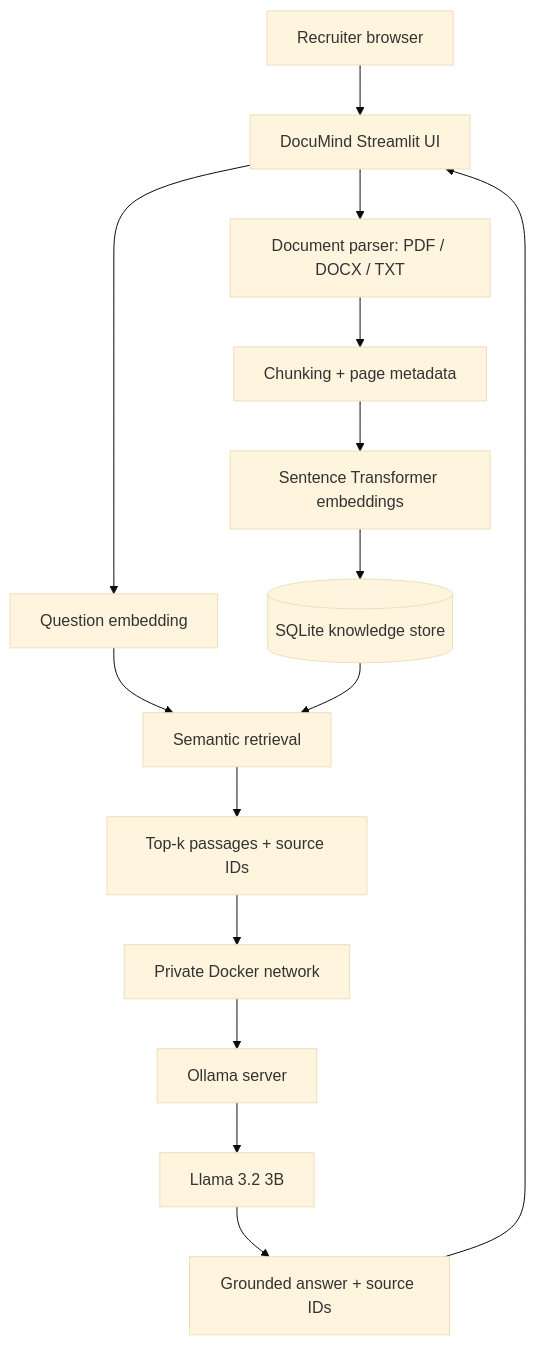
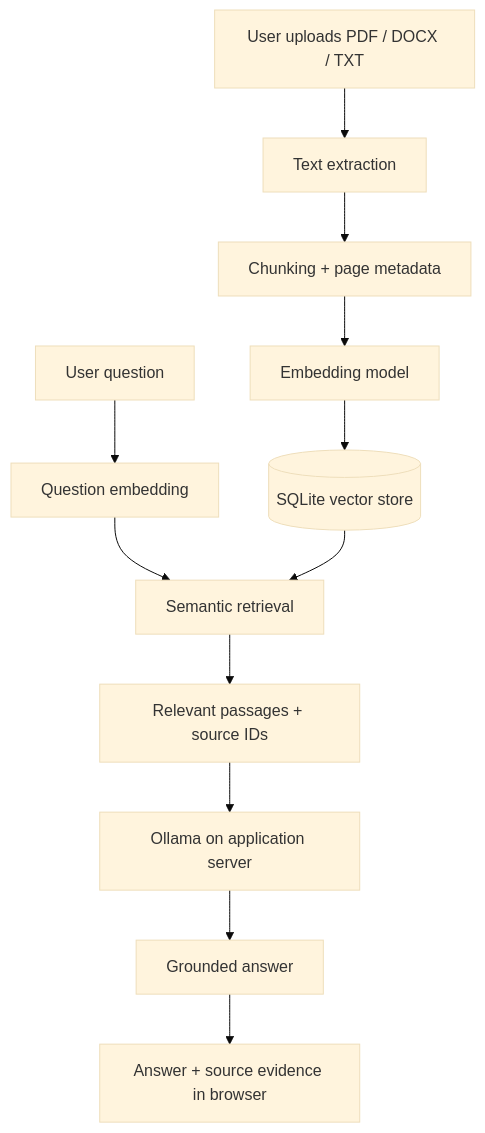
Before and after one commit to shriramchemical2000-hub/doc-assistant: the diagram in README.md, drawn with Mermaid (base theme). The commit also changed other lines of this file, not shown here.

Commit message:
Rewrite README as recruiter-facing project overview

````diff
--- a/README.md
+++ b/README.md
@@ -42,17 +43,14 @@
 ```mermaid
 flowchart TD
-  A[Recruiter browser] --> B[DocuMind Streamlit UI]
-  B --> C[Document parser: PDF / DOCX / TXT]
-  C --> D[Chunking + page metadata]
-  D --> E[Sentence Transformer embeddings]
-  E --> F[(SQLite knowledge store)]
-  B --> G[Question embedding]
+  A[User uploads PDF / DOCX / TXT] --> B[Text extraction]
+  B --> C[Chunking + page metadata]
+  C --> D[Embedding model]
+  D --> E[(SQLite vector store)]
+  F[User question] --> G[Question embedding]
   G --> H[Semantic retrieval]
-  F --> H
-  H --> I[Top-k passages + source IDs]
-  I --> J[Private Docker network]
-  J --> K[Ollama server]
-  K --> L[Llama 3.2 3B]
-  L --> M[Grounded answer + source IDs]
-  M --> B
+  E --> H
+  H --> I[Relevant passages + source IDs]
+  I --> J[Ollama on application server]
+  J --> K[Grounded answer]
+  K --> L[Answer + source evidence in browser]
 ```
````
